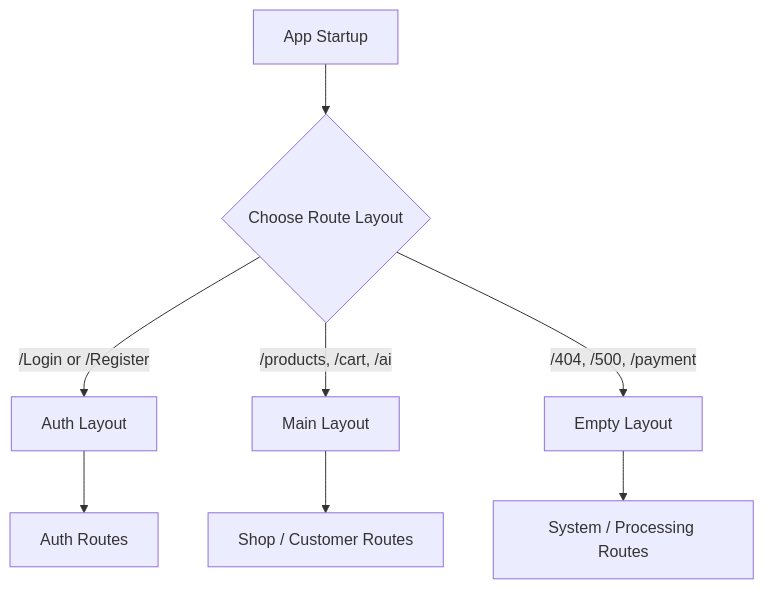
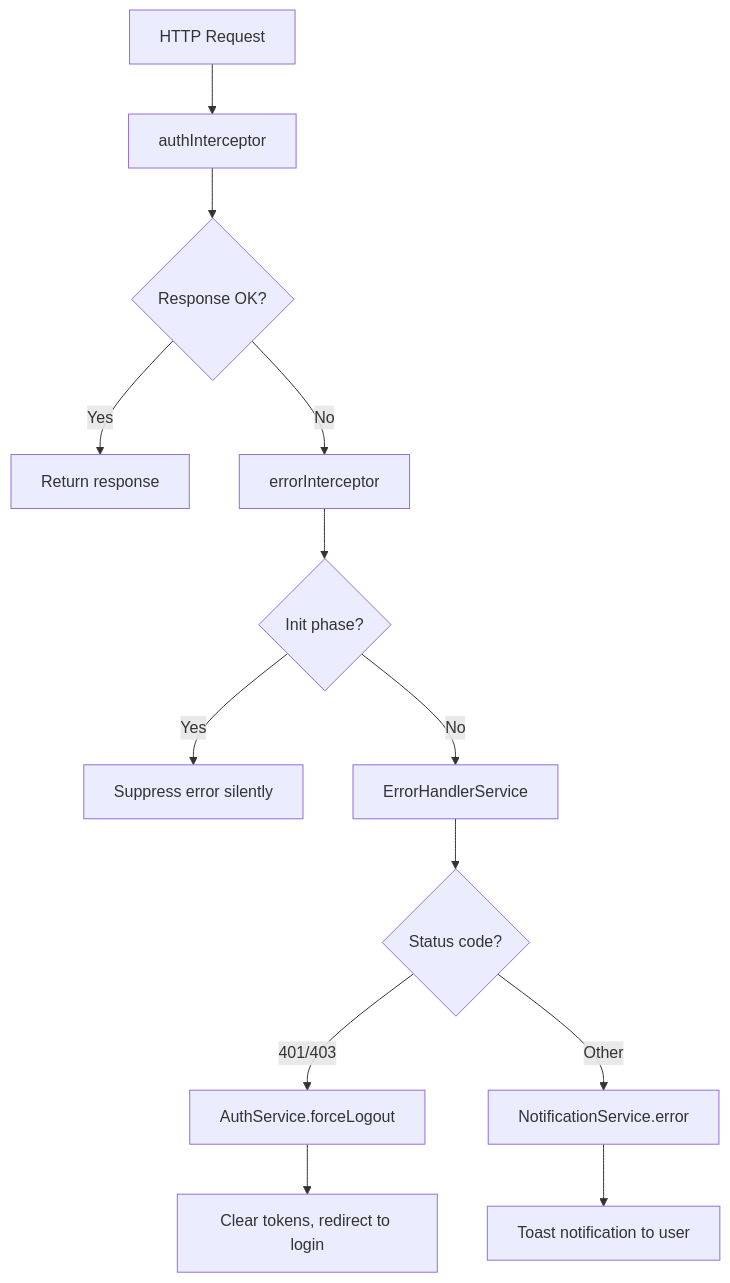
The sixth of 8 diagrams in README.md (Ahmed-Adam0/HomeAi_Angular), drawn with Mermaid before and after one commit. The commit also changed other lines of this file, not shown here.

````diff
--- a/README.md
+++ b/README.md
@@ -676,11 +1688,15 @@
 ```mermaid
 graph TD
-    A[App Startup] --> B{Choose Route Layout}
-    B -->|/Login or /Register| C[Auth Layout]
-    B -->|/products, /cart, /ai| D[Main Layout]
-    B -->|/404, /500, /payment| E[Empty Layout]
-    
-    C --> C1[Auth Routes]
-    D --> D1[Shop / Customer Routes]
-    E --> E1[System / Processing Routes]
+    A[HTTP Request] --> B[authInterceptor]
+    B --> C{Response OK?}
+    C -->|Yes| D[Return response]
+    C -->|No| E[errorInterceptor]
+    E --> F{Init phase?}
+    F -->|Yes| G[Suppress error silently]
+    F -->|No| H[ErrorHandlerService]
+    H --> I{Status code?}
+    I -->|401/403| J[AuthService.forceLogout]
+    I -->|Other| K[NotificationService.error]
+    K --> L[Toast notification to user]
+    J --> M[Clear tokens, redirect to login]
 ```
````
